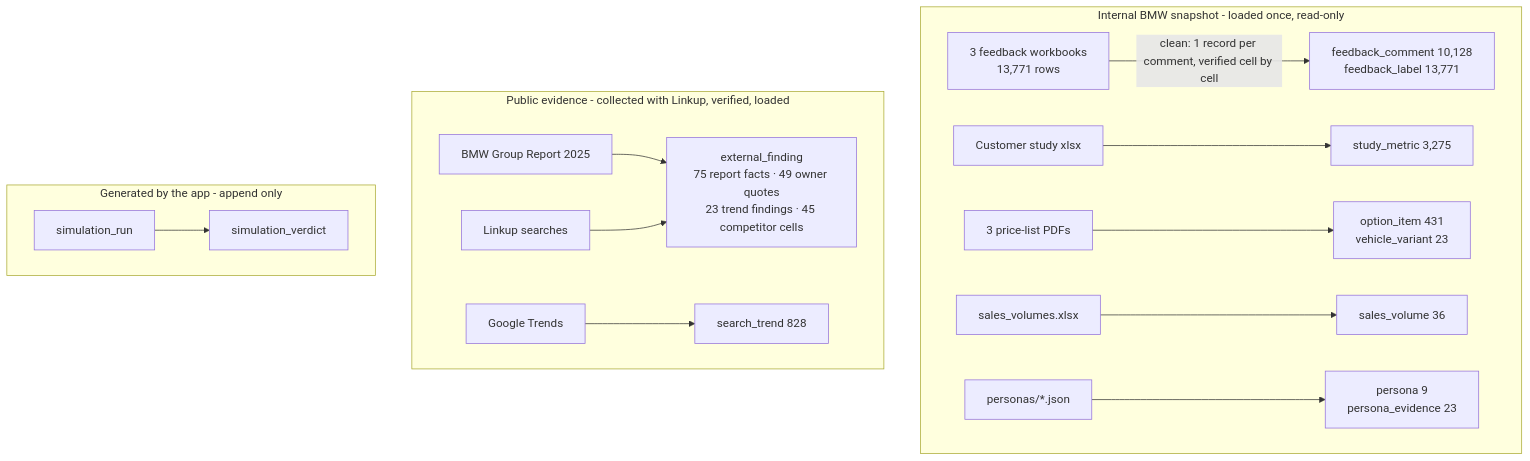
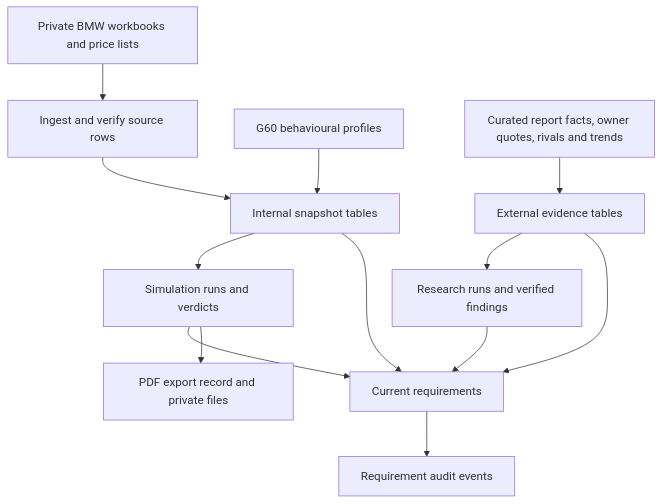
One commit to abhinxx/bmw-backseat changed the second of 5 diagrams in ARCHITECTURE.md. Above: the diagram before and after it, drawn with Mermaid. The commit also changed other lines of this file and 1 other file, not shown here.

Commit message:
docs: guide the live workspace and document its architecture and environment

````diff
--- a/ARCHITECTURE.md
+++ b/ARCHITECTURE.md
@@ -29,18 +40,15 @@
 ```mermaid
 flowchart TB
-  subgraph internal["Internal BMW snapshot - loaded once, read-only"]
-    F["3 feedback workbooks<br/>13,771 rows"] -->|"clean: 1 record per comment, verified cell by cell"| FC["feedback_comment 10,128<br/>feedback_label 13,771"]
-    S["Customer study xlsx"] --> SM["study_metric 3,275"]
-    O["3 price-list PDFs"] --> OI["option_item 431<br/>vehicle_variant 23"]
-    V["sales_volumes.xlsx"] --> SV["sales_volume 36"]
-    P["personas/*.json"] --> PE["persona 9<br/>persona_evidence 23"]
-  end
-  subgraph public["Public evidence - collected with Linkup, verified, loaded"]
-    R["BMW Group Report 2025"] --> X["external_finding<br/>75 report facts · 49 owner quotes<br/>23 trend findings · 45 competitor cells"]
-    L["Linkup searches"] --> X
-    G["Google Trends"] --> T["search_trend 828"]
-  end
-  subgraph generated["Generated by the app - append only"]
-    RUN["simulation_run"] --> VER["simulation_verdict"]
-  end
+  RAW["Private BMW workbooks and price lists"] --> INGEST["Ingest and verify source rows"]
+  INGEST --> INTERNAL["Internal snapshot tables"]
+  PROFILES["G60 behavioural profiles"] --> INTERNAL
+  PUBLIC["Curated report facts, owner quotes, rivals and trends"] --> EXTERNAL["External evidence tables"]
+  INTERNAL --> SIM["Simulation runs and verdicts"]
+  EXTERNAL --> RESEARCH["Research runs and verified findings"]
+  INTERNAL --> REQ["Current requirements"]
+  EXTERNAL --> REQ
+  SIM --> REQ
+  RESEARCH --> REQ
+  REQ --> EVENTS["Requirement audit events"]
+  SIM --> DECK["PDF export record and private files"]
 ```
````
